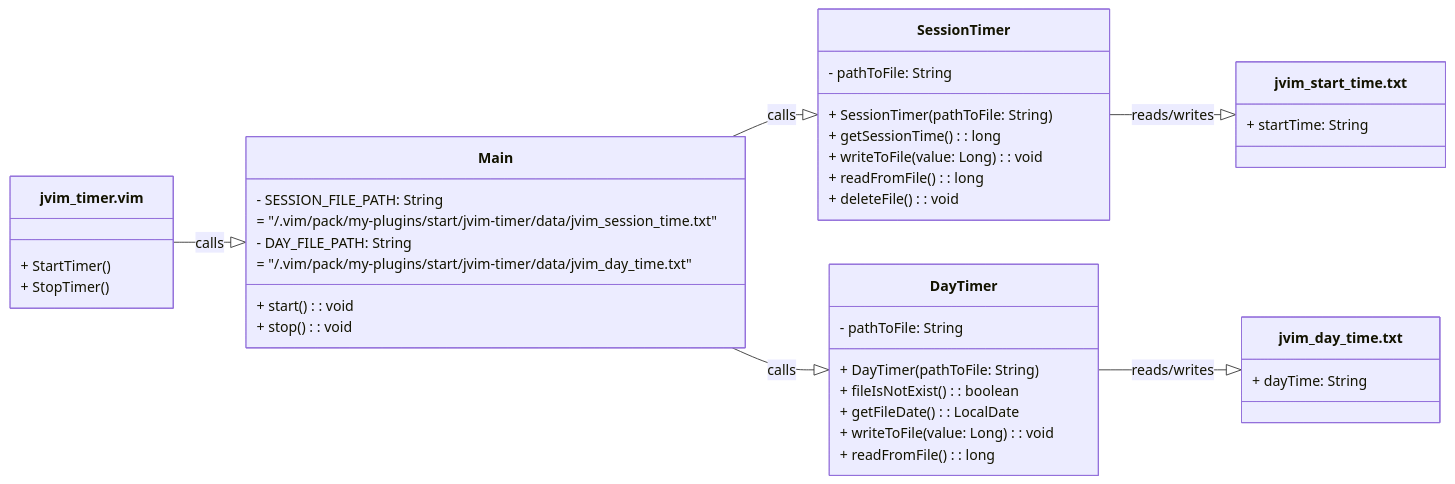
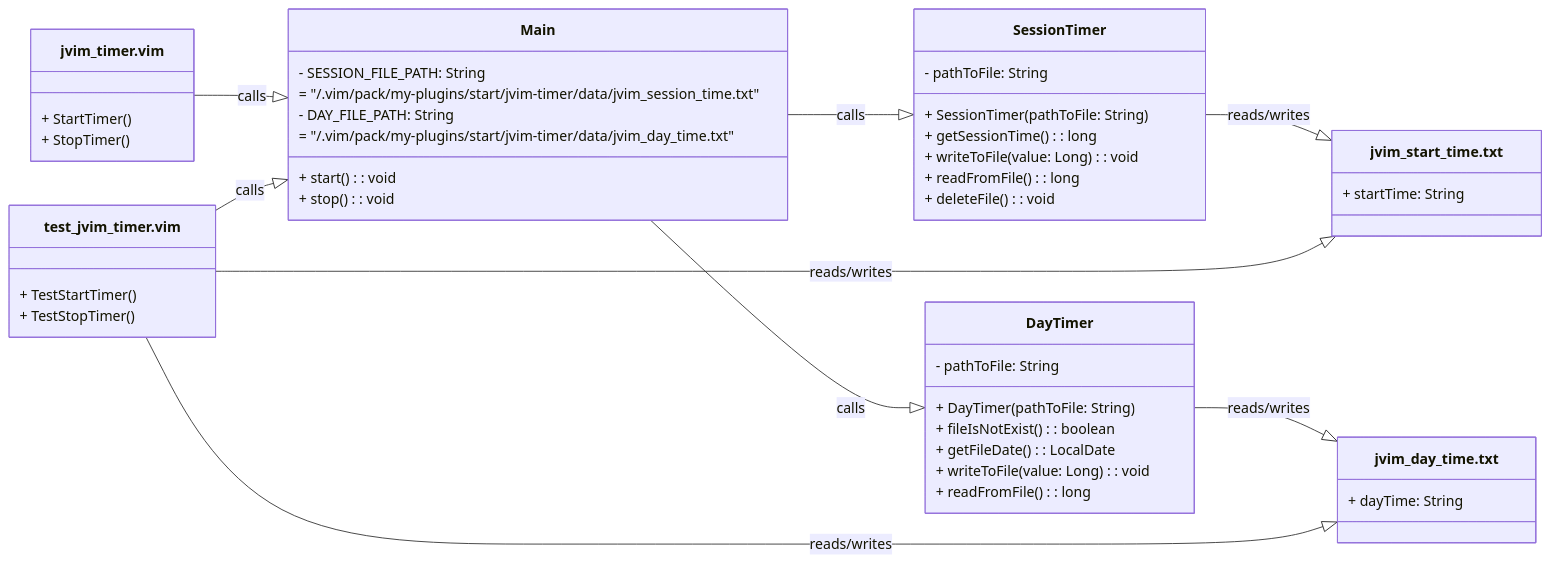
One commit to AlexandrAnatoliev/vim-config changed the second of 2 diagrams in pack/my-plugins/start/jvim-timer/README.md. Above: the diagram before and after it, drawn with Mermaid. The commit also changed other lines of this file and 4 other files, not shown here.

Commit message:
fix: update jvim-timer plugin

````diff
--- a/pack/my-plugins/start/jvim-timer/README.md
+++ b/pack/my-plugins/start/jvim-timer/README.md
@@ -228,50 +282,58 @@
 ```mermaid
 classDiagram
   direction LR
   
   class jvim_timer.vim {
     + StartTimer()
     + StopTimer()
+  }
+
+  class test_jvim_timer.vim {
+    + TestStartTimer()
+    + TestStopTimer()
   }
 
   class Main {
     - SESSION_FILE_PATH: String 
       = "/.vim/pack/my-plugins/start/jvim-timer/data/jvim_session_time.txt"
     - DAY_FILE_PATH: String 
       = "/.vim/pack/my-plugins/start/jvim-timer/data/jvim_day_time.txt"
     + start(): void
     + stop(): void
   }
 
   class SessionTimer {
     - pathToFile: String
     + SessionTimer(pathToFile: String)
     + getSessionTime(): long
     + writeToFile(value: Long): void
     + readFromFile(): long
     + deleteFile(): void
   }
 
   class DayTimer {
     - pathToFile: String
     + DayTimer(pathToFile: String)
     + fileIsNotExist(): boolean
     + getFileDate(): LocalDate
     + writeToFile(value: Long): void
     + readFromFile(): long
   }
 
   class jvim_start_time.txt {
     + startTime: String 
   }
 
   class jvim_day_time.txt {
     + dayTime: String
   }
 
   jvim_timer.vim --|> Main : calls
   Main --|> SessionTimer : calls
   Main --|> DayTimer : calls
   SessionTimer --|> jvim_start_time.txt : reads/writes
   DayTimer --|> jvim_day_time.txt : reads/writes
+  test_jvim_timer.vim --|> Main : calls
+  test_jvim_timer.vim --|> jvim_start_time.txt : reads/writes
+  test_jvim_timer.vim --|> jvim_day_time.txt : reads/writes
 ```
````
